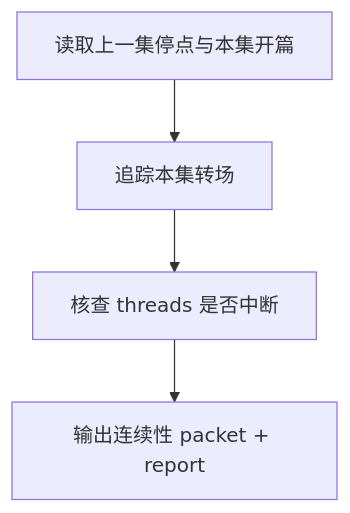
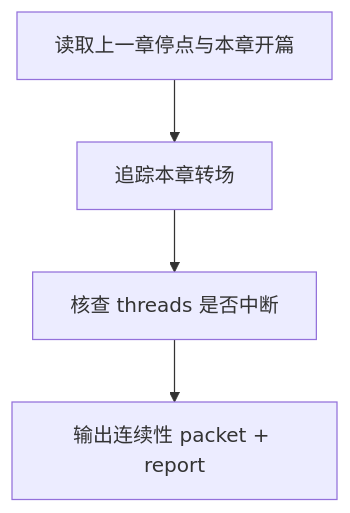
The diagram in .agents/skills/story/4-Validation/连续性/SKILL.md (ZEN-VOID/AI-CUT), drawn with Mermaid before and after one commit. The commit also changed other lines of this file and 362 other files, not shown here.

````diff
--- a/.agents/skills/story/4-Validation/连续性/SKILL.md
+++ b/.agents/skills/story/4-Validation/连续性/SKILL.md
@@ -84,6 +84,6 @@
 ```mermaid
 flowchart TD
-    A["读取上一集停点与本集开篇"] --> B["追踪本集转场"]
+    A["读取上一章停点与本章开篇"] --> B["追踪本章转场"]
     B --> C["核查 threads 是否中断"]
     C --> D["输出连续性 packet + report"]
 ```
````
